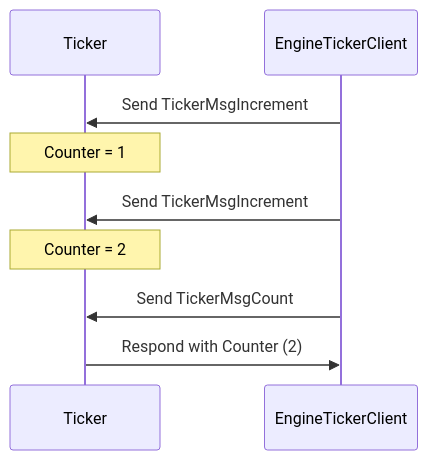
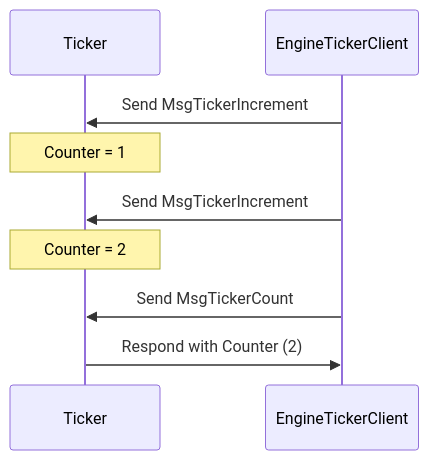
One commit to anoma/nspec changed the diagram in docs/arch/node/engines/ticker_messages.juvix.md. Above: the diagram before and after it, drawn with Mermaid. The commit also changed other lines of this file and 13 other files, not shown here.

````diff
--- a/docs/arch/node/engines/ticker_messages.juvix.md
+++ b/docs/arch/node/engines/ticker_messages.juvix.md
@@ -56,14 +57,14 @@
 ```mermaid
 sequenceDiagram
     participant Ticker
     participant EngineTickerClient
 
-    EngineTickerClient ->> Ticker: Send TickerMsgIncrement
+    EngineTickerClient ->> Ticker: Send MsgTickerIncrement
     Note over Ticker: Counter = 1
 
-    EngineTickerClient ->> Ticker: Send TickerMsgIncrement
+    EngineTickerClient ->> Ticker: Send MsgTickerIncrement
     Note over Ticker: Counter = 2
 
-    EngineTickerClient ->> Ticker: Send TickerMsgCount
+    EngineTickerClient ->> Ticker: Send MsgTickerCount
     Ticker ->> EngineTickerClient: Respond with Counter (2)
 ```
````
